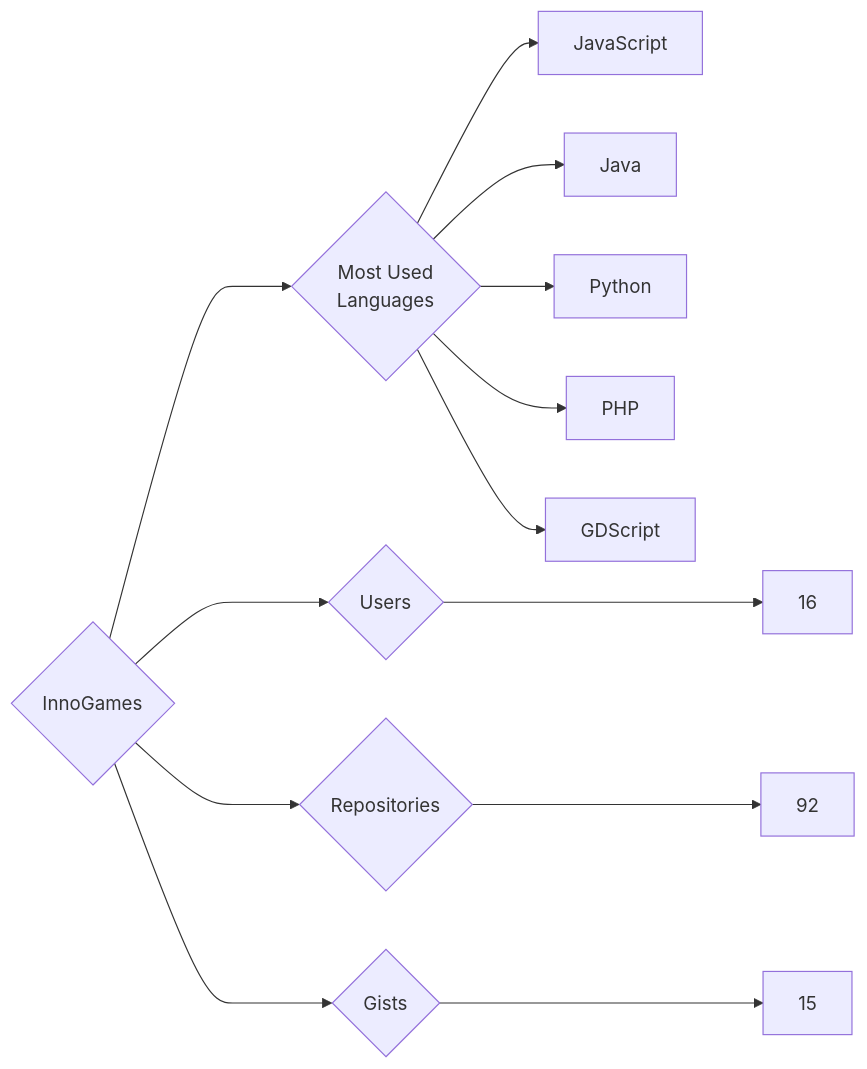
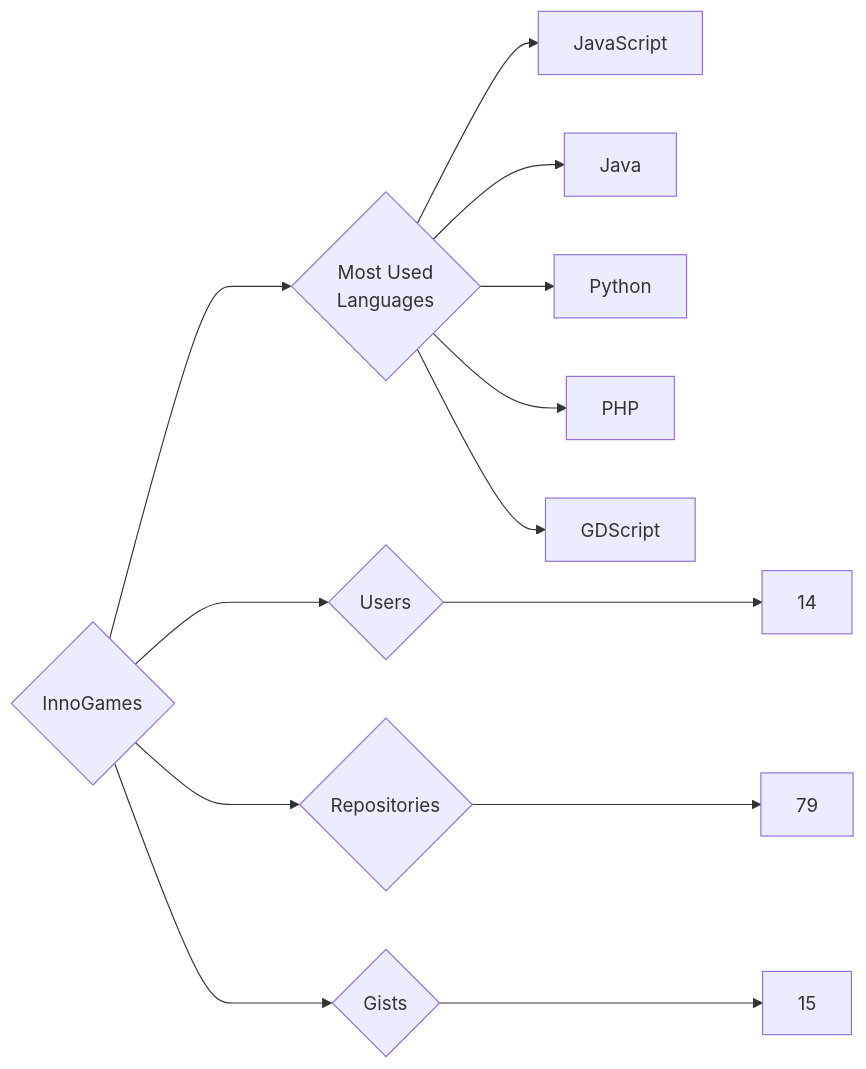
One commit to trickest/insiders changed the diagram in targets/InnoGames/README.md. Above: the diagram before and after it, drawn with Mermaid. The commit also changed 1020 other files, not shown here.

````diff
--- a/targets/InnoGames/README.md
+++ b/targets/InnoGames/README.md
@@ -3,13 +3,13 @@
 ```mermaid
 graph LR
 COMPANY_NAME{InnoGames}
-COMPANY_NAME ---> U{Users} ---> UN[16]
-COMPANY_NAME ---> R{Repositories} ---> RN[92]
+COMPANY_NAME ---> U{Users} ---> UN[14]
+COMPANY_NAME ---> R{Repositories} ---> RN[79]
 COMPANY_NAME ---> G{Gists} ---> GN[15]
 COMPANY_NAME ---> ML{Most Used<br>Languages}
 ML --> JavaScript[JavaScript]
 ML --> Java[Java]
 ML --> Python[Python]
 ML --> PHP[PHP]
 ML --> GDScript[GDScript]
 ```
````
